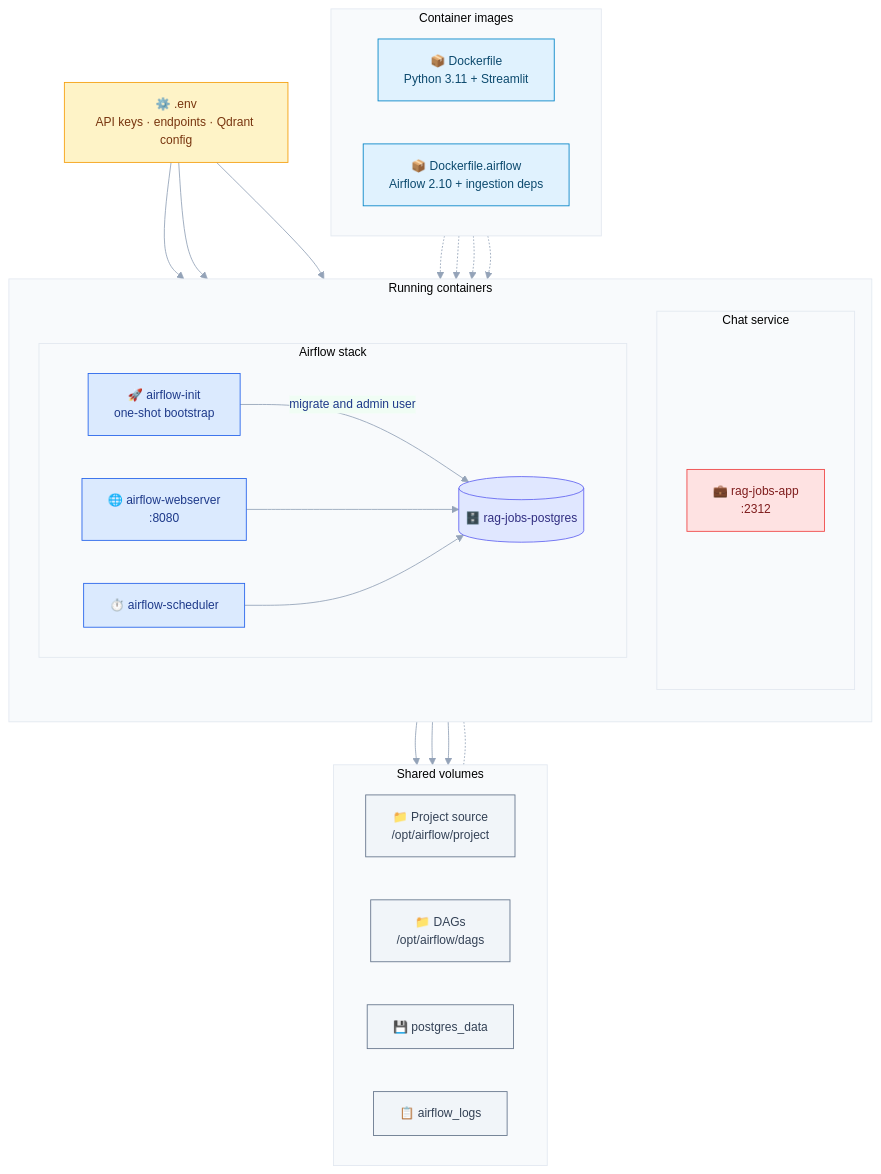
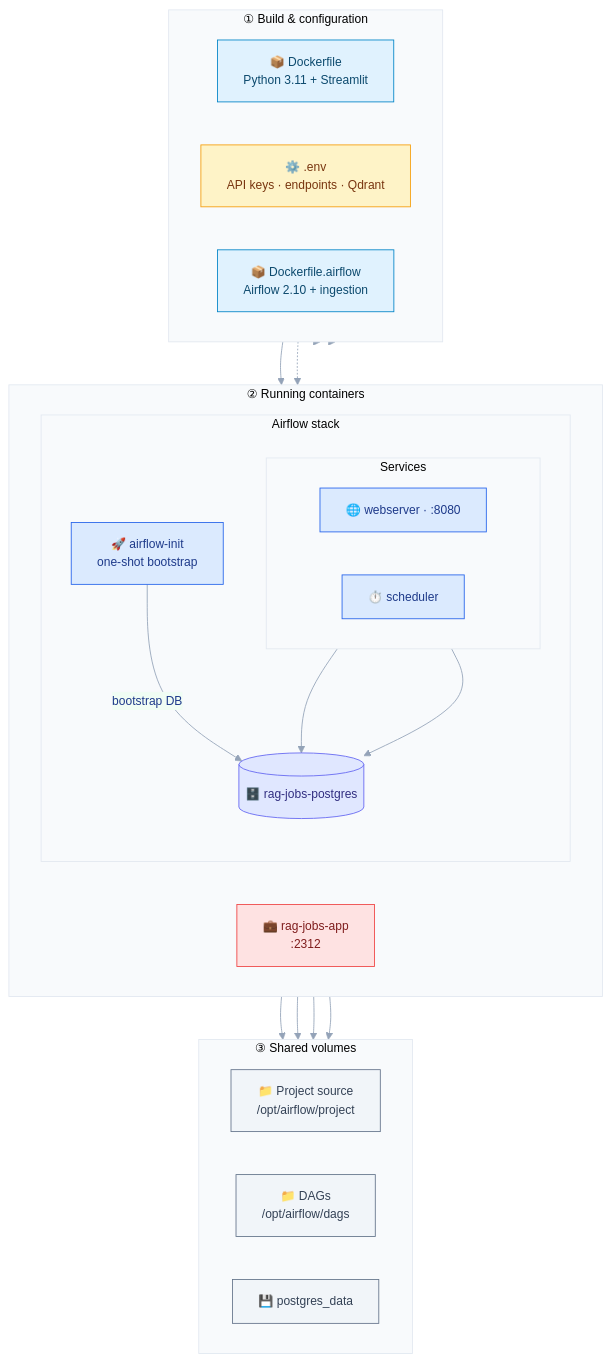
The third of 7 diagrams in README.md (HermannSamimi/RAG-jobs), drawn with Mermaid before and after one commit. The commit also changed other lines of this file, not shown here.

Commit message:
docs: Revise README to enhance project architecture visualization with Mermaid diagrams, reorganize sections for clarity, and update service descriptions

````diff
--- a/README.md
+++ b/README.md
@@ -257,52 +265,49 @@
     .node rect, .node circle, .node ellipse, .node polygon { stroke-width: 1px !important; }
 ---
 flowchart TB
-    Env["⚙️ .env<br/>API keys · endpoints · Qdrant config"]
-
-    subgraph Images["Container images"]
+    subgraph L1["① Build & configuration"]
         direction LR
         ImgApp["📦 Dockerfile<br/>Python 3.11 + Streamlit"]
-        ImgAF["📦 Dockerfile.airflow<br/>Airflow 2.10 + ingestion deps"]
+        Env["⚙️ .env<br/>API keys · endpoints · Qdrant"]
+        ImgAF["📦 Dockerfile.airflow<br/>Airflow 2.10 + ingestion"]
     end
 
-    subgraph Runtime["Running containers"]
-        direction TB
+    subgraph L2["② Running containers"]
+        direction LR
 
-        subgraph AppSvc["Chat service"]
-            A["💼 rag-jobs-app<br/>:2312"]
-        end
+        A["💼 rag-jobs-app<br/>:2312"]
 
-        subgraph AirflowSvc["Airflow stack"]
-            direction LR
+        subgraph Airflow["Airflow stack"]
+            direction TB
             I["🚀 airflow-init<br/>one-shot bootstrap"]
-            W["🌐 airflow-webserver<br/>:8080"]
-            S["⏱️ airflow-scheduler"]
+            subgraph AFWorkers["Services"]
+                direction LR
+                W["🌐 webserver · :8080"]
+                S["⏱️ scheduler"]
+            end
             P[("🗄️ rag-jobs-postgres")]
+            I -->|bootstrap DB| P
+            W --> P
+            S --> P
         end
     end
 
-    subgraph Mounts["Shared volumes"]
+    subgraph L3["③ Shared volumes"]
         direction LR
         Code["📁 Project source<br/>/opt/airflow/project"]
         DAGs["📁 DAGs<br/>/opt/airflow/dags"]
         VolPG["💾 postgres_data"]
-        VolLogs["📋 airflow_logs"]
     end
 
-    Env --> A
-    Env --> W
-    Env --> S
-    ImgApp -.-> A
-    ImgAF -.-> W
-    ImgAF -.-> S
-    ImgAF -.-> I
-    I -->|migrate and admin user| P
-    W --> P
-    S --> P
+    ImgApp --> A
+    ImgAF -.-> Airflow
+    Env -.-> A
+    Env -.-> Airflow
+
+    A --> Code
     S --> Code
     S --> DAGs
-    A --> Code
-    P -.- VolPG
+    P --> VolPG
 
     classDef config fill:#FEF3C7,stroke:#F59E0B,stroke-width:1px,color:#78350F
     classDef image fill:#E0F2FE,stroke:#0284C7,stroke-width:1px,color:#0C4A6E
@@ -316,5 +321,5 @@
     class A app
     class I,W,S af
     class P db
-    class Code,DAGs,VolPG,VolLogs vol
+    class Code,DAGs,VolPG vol
 ```
````
